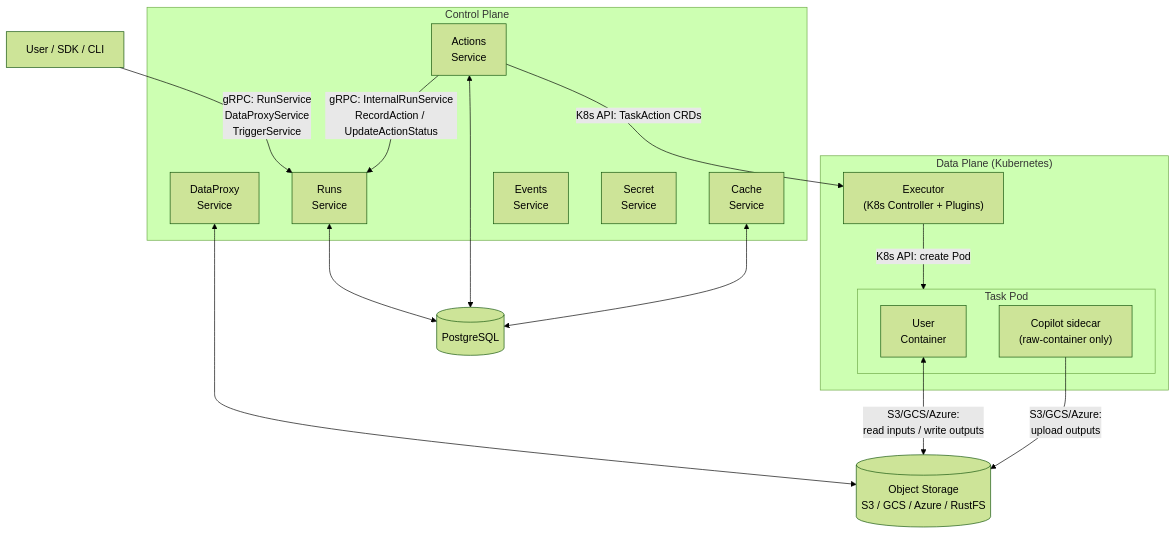
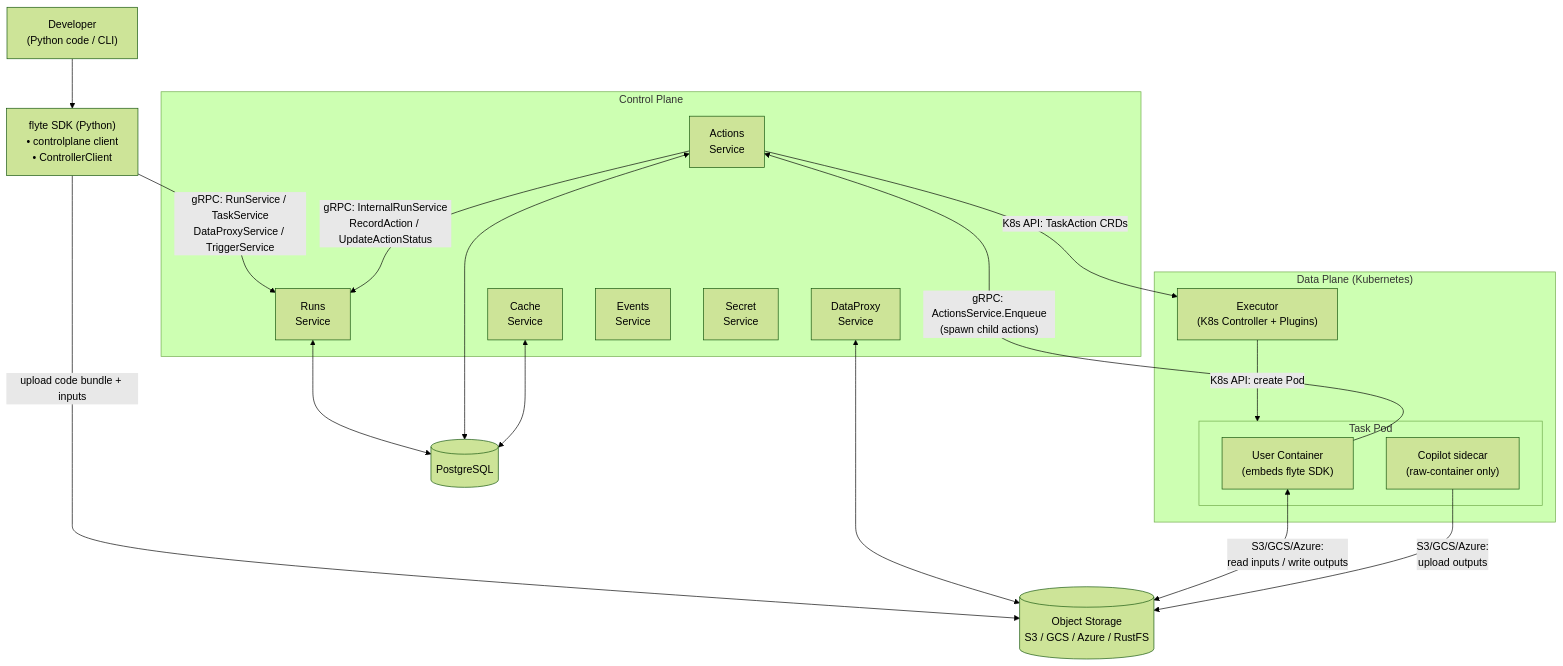
One commit to flyteorg/flyte changed the first of 5 diagrams in docs/architecture.md. Above: the diagram before and after it, drawn with Mermaid (forest theme). The commit also changed other lines of this file, not shown here.

Commit message:
Show flyte SDK interactions with backend (controlplane + ControllerClient)

````diff
--- a/docs/architecture.md
+++ b/docs/architecture.md
@@ -41,35 +41,39 @@
 ```mermaid
 flowchart TB
-    Client["User / SDK / CLI"]
+    Dev["Developer<br/>(Python code / CLI)"]
+    SDK["flyte SDK (Python)<br/>• controlplane client<br/>• ControllerClient"]
 
     subgraph ControlPlane["Control Plane"]
         Runs["Runs<br/>Service"]
         Actions["Actions<br/>Service"]
         DataProxy["DataProxy<br/>Service"]
         Cache["Cache<br/>Service"]
         Events["Events<br/>Service"]
         Secret["Secret<br/>Service"]
     end
 
     DB[("PostgreSQL")]
     Storage[("Object Storage<br/>S3 / GCS / Azure / RustFS")]
 
     subgraph DataPlane["Data Plane (Kubernetes)"]
         Executor["Executor<br/>(K8s Controller + Plugins)"]
         subgraph Pod["Task Pod"]
-            User["User<br/>Container"]
+            User["User Container<br/>(embeds flyte SDK)"]
             Copilot["Copilot sidecar<br/>(raw-container only)"]
         end
     end
 
-    Client -- "gRPC: RunService<br/>DataProxyService<br/>TriggerService" --> Runs
+    Dev --> SDK
+    SDK -- "gRPC: RunService / TaskService<br/>DataProxyService / TriggerService" --> Runs
+    SDK -- "upload code bundle + inputs" --> Storage
     Runs <--> DB
     Actions <--> DB
     Cache <--> DB
     DataProxy <--> Storage
     Actions -- "K8s API: TaskAction CRDs" --> Executor
     Executor -- "K8s API: create Pod" --> Pod
+    User -- "gRPC: ActionsService.Enqueue<br/>(spawn child actions)" --> Actions
     User <-- "S3/GCS/Azure:<br/>read inputs / write outputs" --> Storage
     Copilot -- "S3/GCS/Azure:<br/>upload outputs" --> Storage
     Actions -- "gRPC: InternalRunService<br/>RecordAction / UpdateActionStatus" --> Runs
 ```
````
